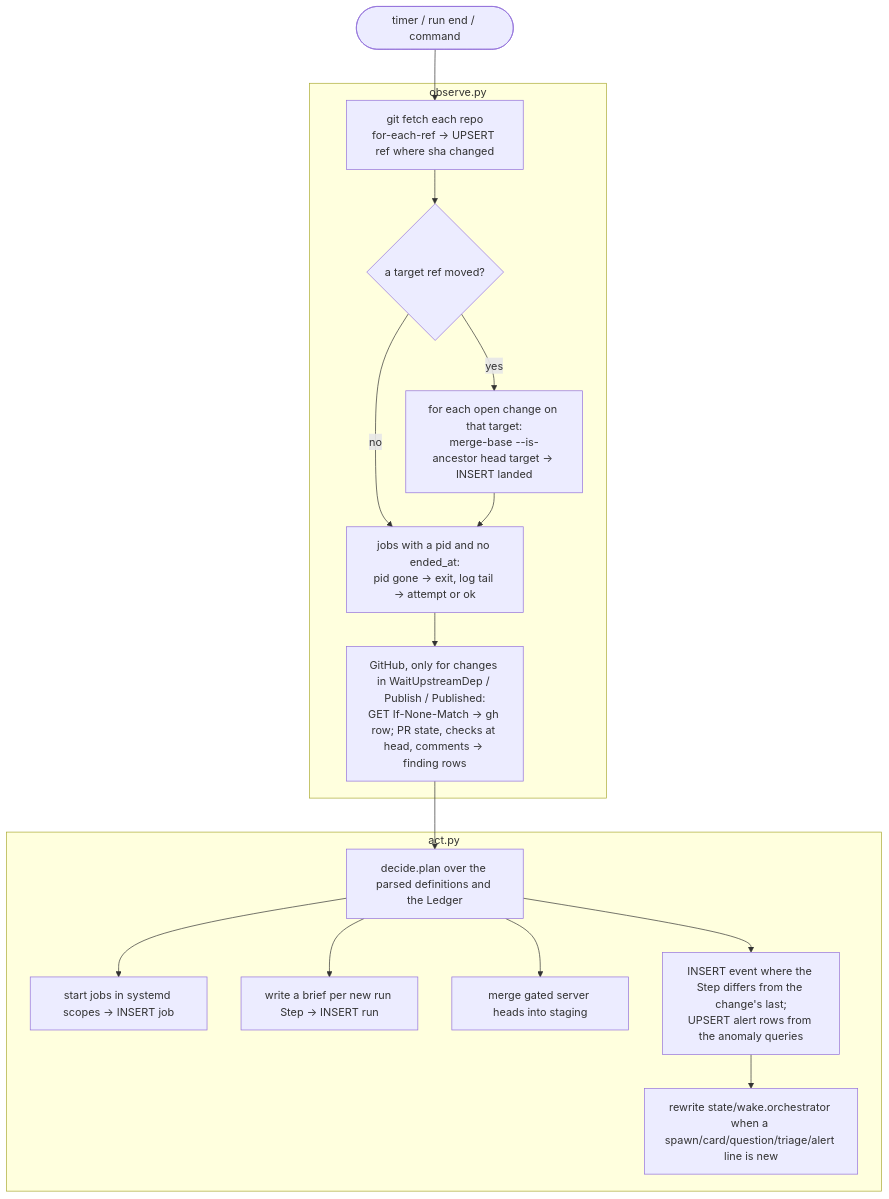
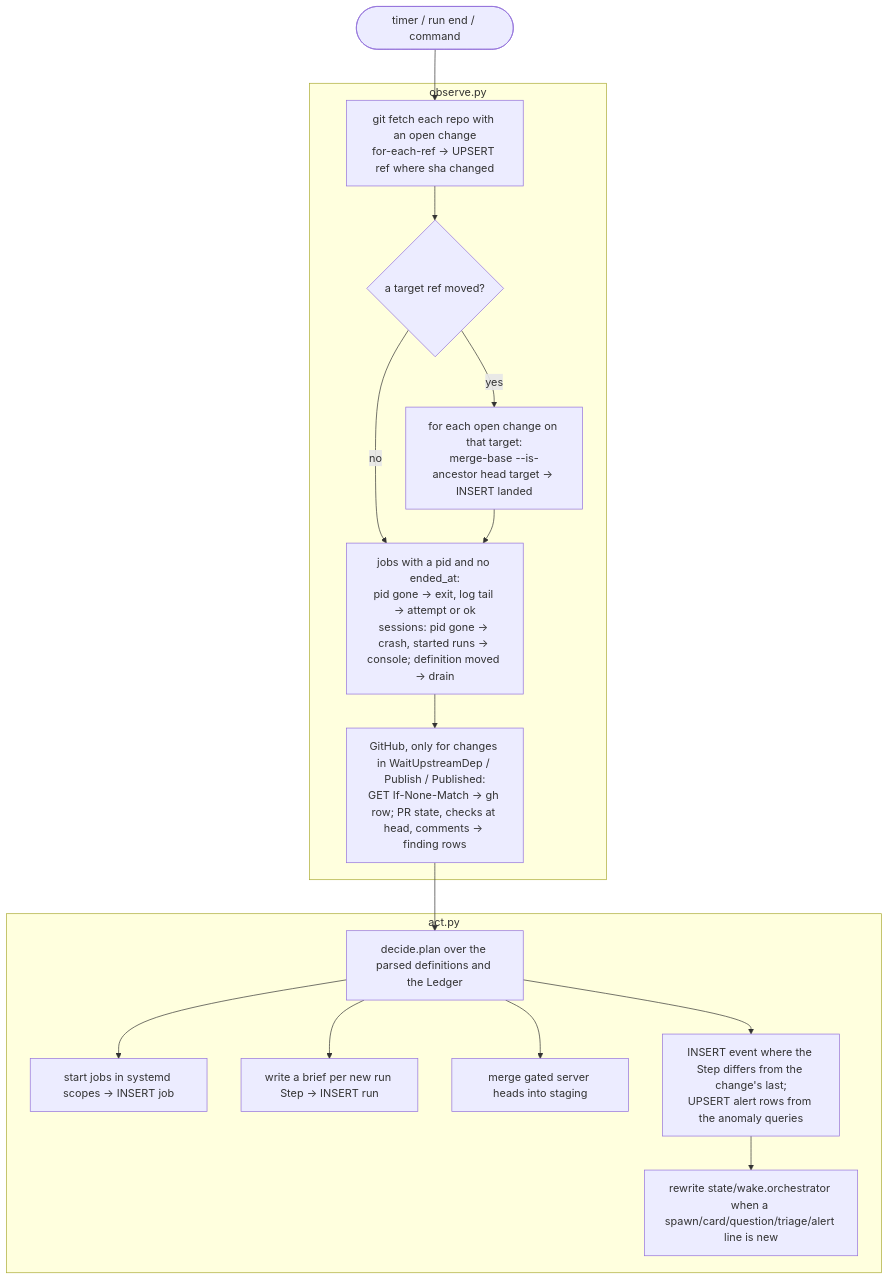
One commit to AlexPerrin/RuneHarness changed the third of 7 diagrams in docs/ARCHITECTURE.md. Above: the diagram before and after it, drawn with Mermaid. The commit also changed other lines of this file and 3 other files, not shown here.

Commit message:
docs: ARCHITECTURE and HANDOFF state phase 1 as built; the mermaid parser resolves its packages from NODE_PATH under ESM

````diff
--- a/docs/ARCHITECTURE.md
+++ b/docs/ARCHITECTURE.md
@@ -291,19 +295,19 @@
 ```mermaid
 flowchart TD
   T0([timer / run end / command]) --> F
   subgraph OBS["observe.py"]
-    F["git fetch each repo<br/>for-each-ref → UPSERT ref where sha changed"] --> L{"a target ref moved?"}
+    F["git fetch each repo with an open change<br/>for-each-ref → UPSERT ref where sha changed"] --> L{"a target ref moved?"}
     L -- yes --> LA["for each open change on that target:<br/>merge-base --is-ancestor head target → INSERT landed"]
     L -- no --> P
-    LA --> P["jobs with a pid and no ended_at:<br/>pid gone → exit, log tail → attempt or ok"]
+    LA --> P["jobs with a pid and no ended_at:<br/>pid gone → exit, log tail → attempt or ok<br/>sessions: pid gone → crash, started runs → console; definition moved → drain"]
     P --> GH["GitHub, only for changes in WaitUpstreamDep / Publish / Published:<br/>GET If-None-Match → gh row; PR state, checks at head, comments → finding rows"]
   end
   GH --> D["decide.plan over the parsed definitions and the Ledger"]
   subgraph ACT["act.py"]
     D --> S["start jobs in systemd scopes → INSERT job"]
     D --> B["write a brief per new run Step → INSERT run"]
     D --> M["merge gated server heads into staging"]
     D --> E["INSERT event where the Step differs from the change's last;<br/>UPSERT alert rows from the anomaly queries"]
     E --> W["rewrite state/wake.orchestrator when a spawn/card/question/triage/alert line is new"]
   end
 ```
````
